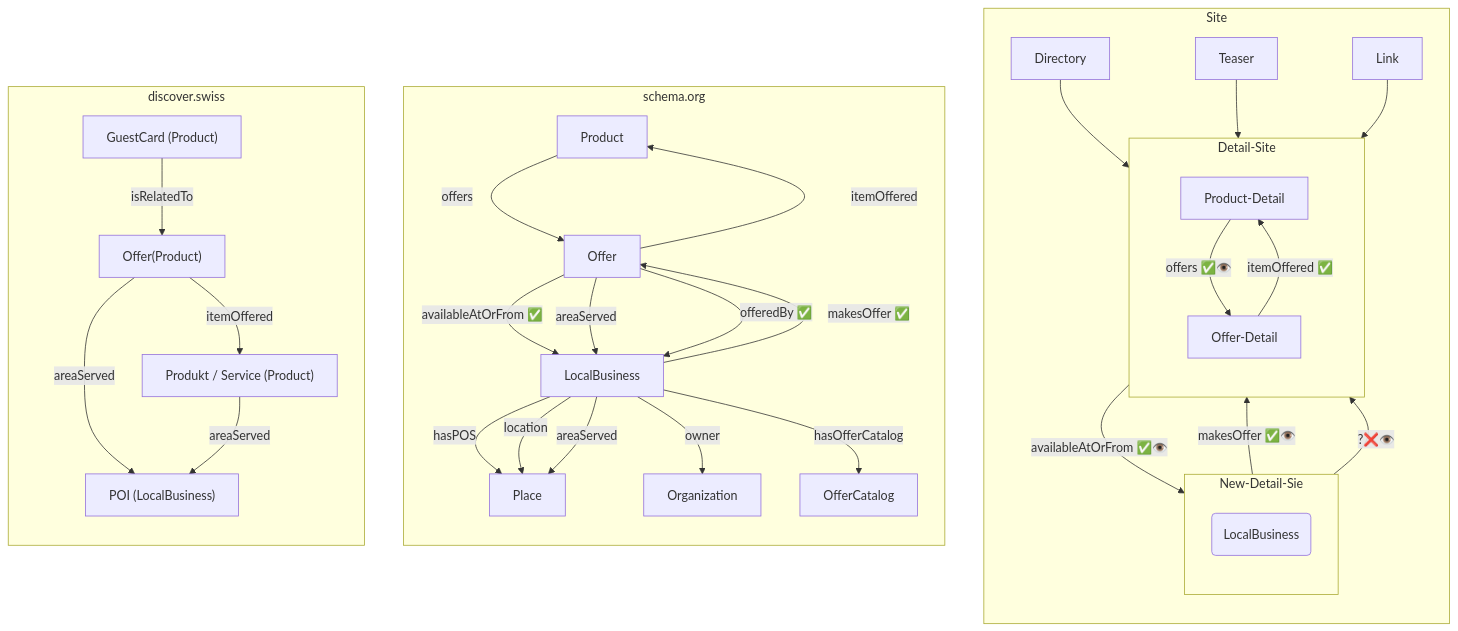
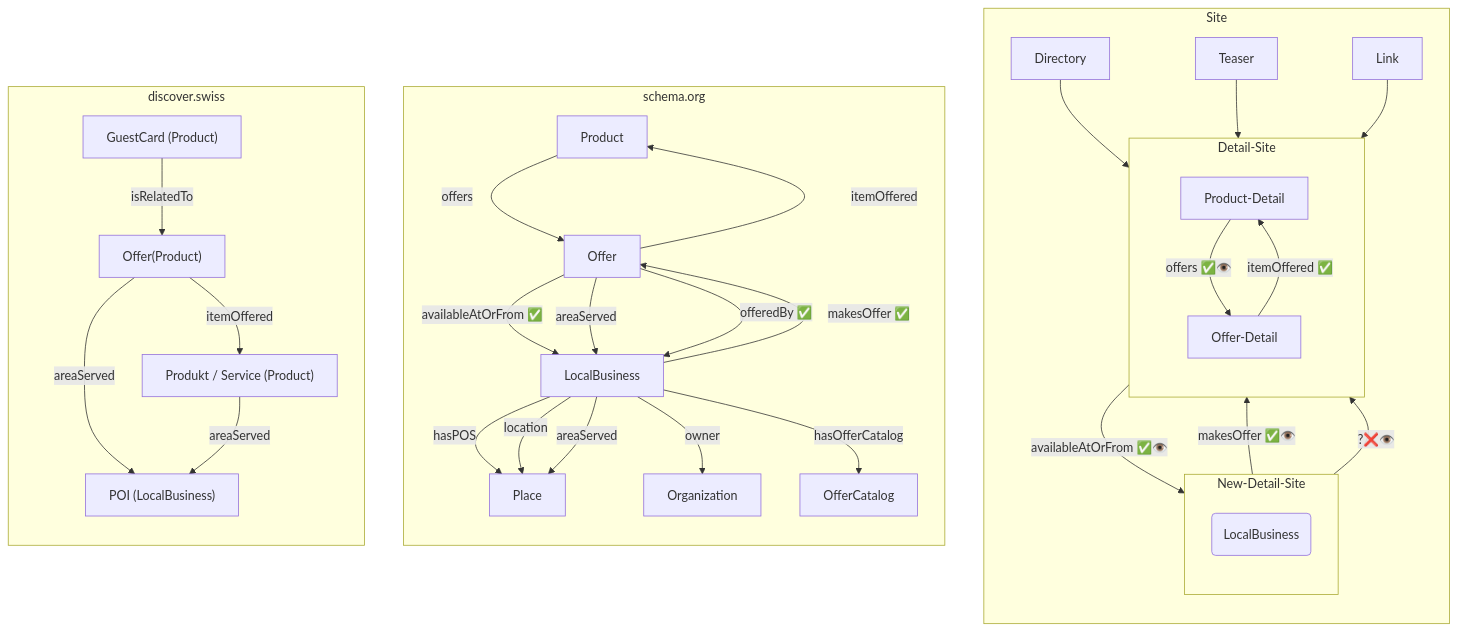
One commit to contentdesk/docs.contentdesk.io changed the third of 3 diagrams in docs/concepts/produkte-und-angebote.md. Above: the diagram before and after it, drawn with Mermaid.

Commit message:
Fix typo in subgraph name in produkte-und-angebote.md

````diff
--- a/docs/concepts/produkte-und-angebote.md
+++ b/docs/concepts/produkte-und-angebote.md
@@ -111,46 +111,46 @@
 ``` mermaid
 graph TB
     subgraph Site
         direction TB
         Directory --> Product-Detail
         Teaser --> Product-Detail
         Link --> Product-Detail
 
         Product-Detail -->|"offers ✅👁️"| Offer-Detail
         Place-Detail --> |"makesOffer ✅👁️"| Offer-Detail
         Place-Detail --> |"?❌👁️"| Product-Detail
-        subgraph New-Detail-Sie
+        subgraph New-Detail-Site
             direction TB
             Place-Detail("LocalBusiness")
         end
         subgraph Detail-Site
             direction TB
             Offer-Detail --> |"availableAtOrFrom ✅👁️"|Place-Detail
             Offer-Detail --> |"itemOffered ✅"| Product-Detail
         end
         
     end
     subgraph schema.org
         direction TD
         Product --> |"offers"| Offer
         Offer --> |"itemOffered"| Product
         Offer --> |"availableAtOrFrom ✅"| LocalBusiness
         Offer --> |"areaServed "| LocalBusiness
         LocalBusiness --> |"makesOffer ✅"| Offer
         Offer --> |"offeredBy ✅"| LocalBusiness
         LocalBusiness --> |"hasPOS"| Place
         LocalBusiness --> |"location"| Place
         LocalBusiness --> |"areaServed"| Place
         LocalBusiness --> |"owner"| Organization
         LocalBusiness --> |"hasOfferCatalog"| OfferCatalog
     end
 
     subgraph discover.swiss
         direction TB
         GuestCard["GuestCard (Product)"] -->|isRelatedTo| OfferDS["Offer(Product)"]
         OfferDS -->|itemOffered| ProductDS["Produkt / Service (Product)"]
         OfferDS -->|areaServed| LocalBusinessDS["POI (LocalBusiness)"]
         ProductDS -->|areaServed| LocalBusinessDS
     end
 
 ```
````
